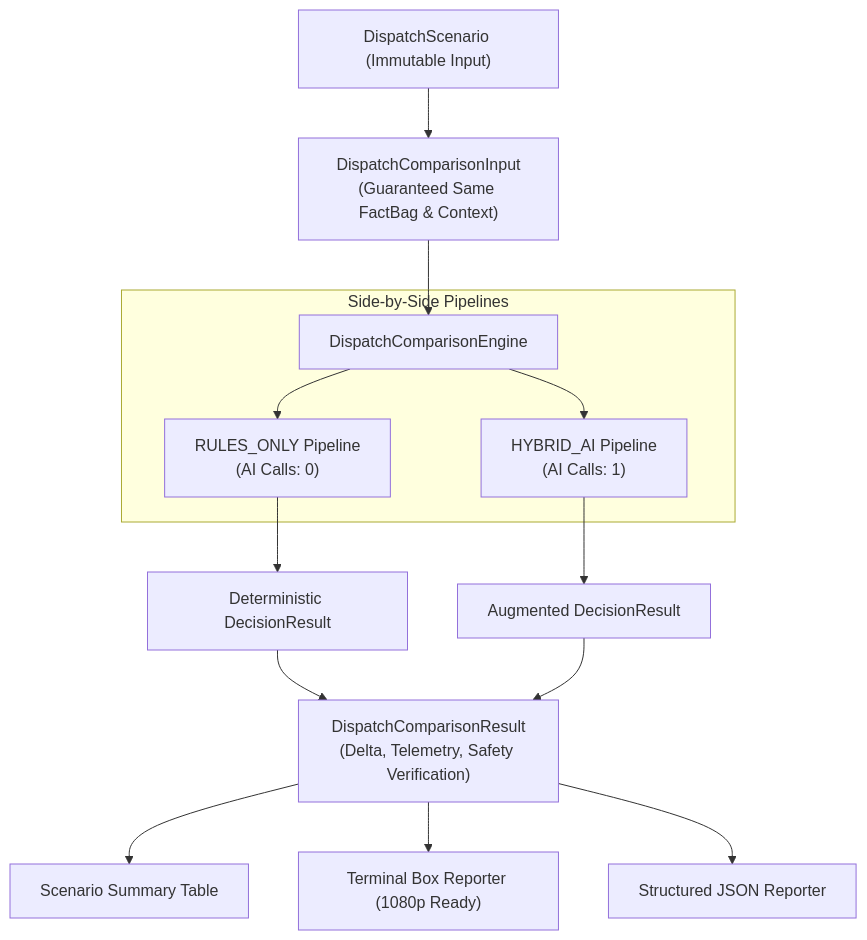
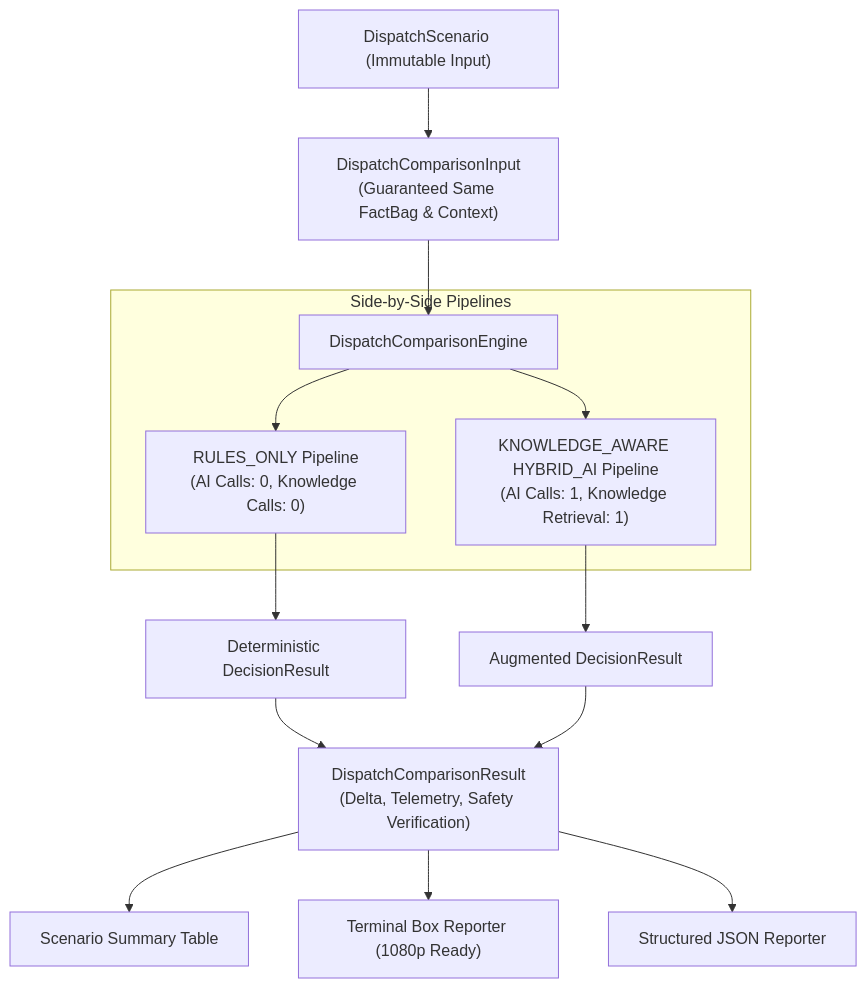
One commit to venukommu/LogistiX changed the fourth of 4 diagrams in architecture/ARCHITECTURE.md. Above: the diagram before and after it, drawn with Mermaid. The commit also changed other lines of this file and 39 other files, not shown here.

````diff
--- a/architecture/ARCHITECTURE.md
+++ b/architecture/ARCHITECTURE.md
@@ -140,18 +146,18 @@
 ```mermaid
 flowchart TD
     Scenario["DispatchScenario (Immutable Input)"] --> Input["DispatchComparisonInput<br/>(Guaranteed Same FactBag & Context)"]
     Input --> Engine["DispatchComparisonEngine"]
     
     subgraph Execution ["Side-by-Side Pipelines"]
-        Engine --> Rules["RULES_ONLY Pipeline<br/>(AI Calls: 0)"]
-        Engine --> Hybrid["HYBRID_AI Pipeline<br/>(AI Calls: 1)"]
+        Engine --> Rules["RULES_ONLY Pipeline<br/>(AI Calls: 0, Knowledge Calls: 0)"]
+        Engine --> Hybrid["KNOWLEDGE_AWARE HYBRID_AI Pipeline<br/>(AI Calls: 1, Knowledge Retrieval: 1)"]
     end
     
     Rules --> Res1["Deterministic DecisionResult"]
     Hybrid --> Res2["Augmented DecisionResult"]
     
     Res1 & Res2 --> Comp["DispatchComparisonResult<br/>(Delta, Telemetry, Safety Verification)"]
     Comp --> Rep1["Scenario Summary Table"]
     Comp --> Rep2["Terminal Box Reporter (1080p Ready)"]
     Comp --> Rep3["Structured JSON Reporter"]
 ```
````
